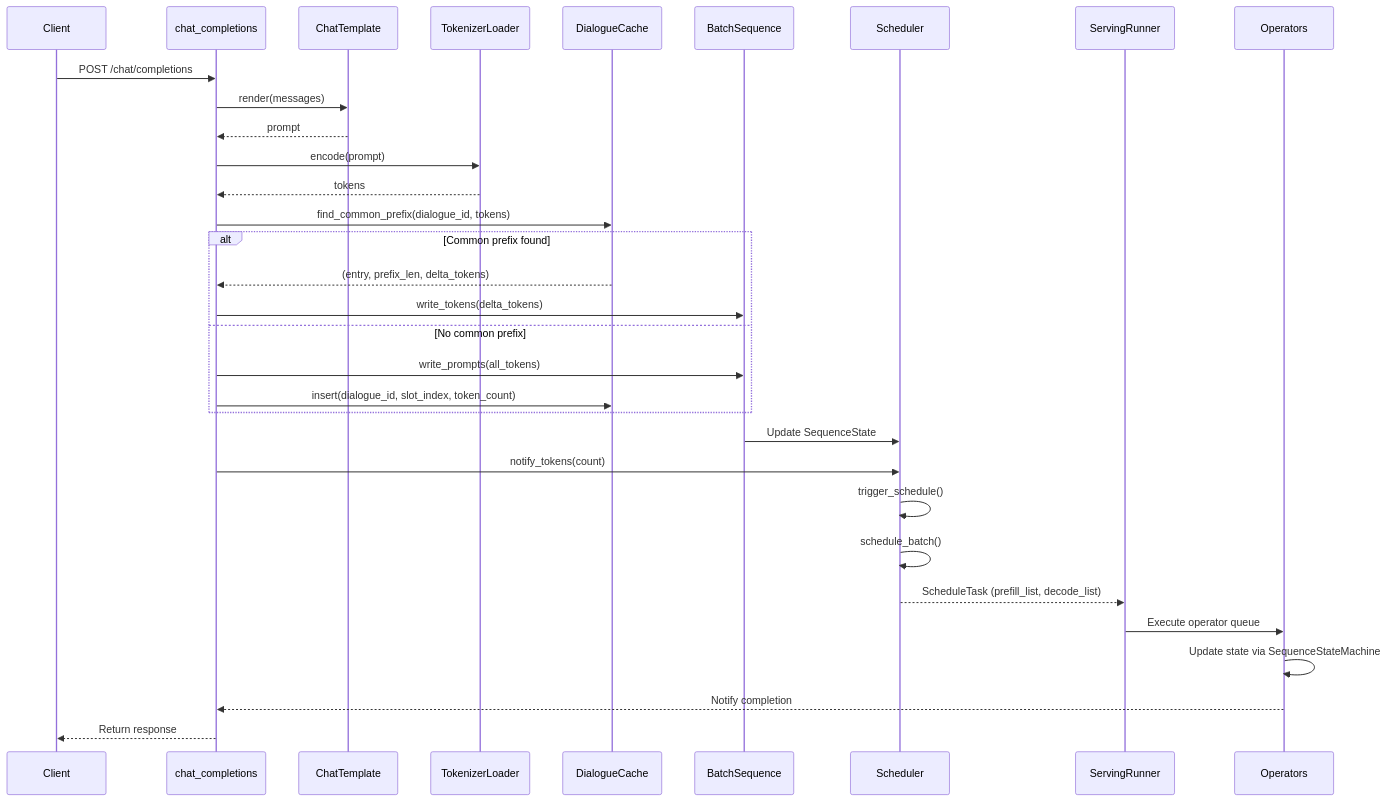
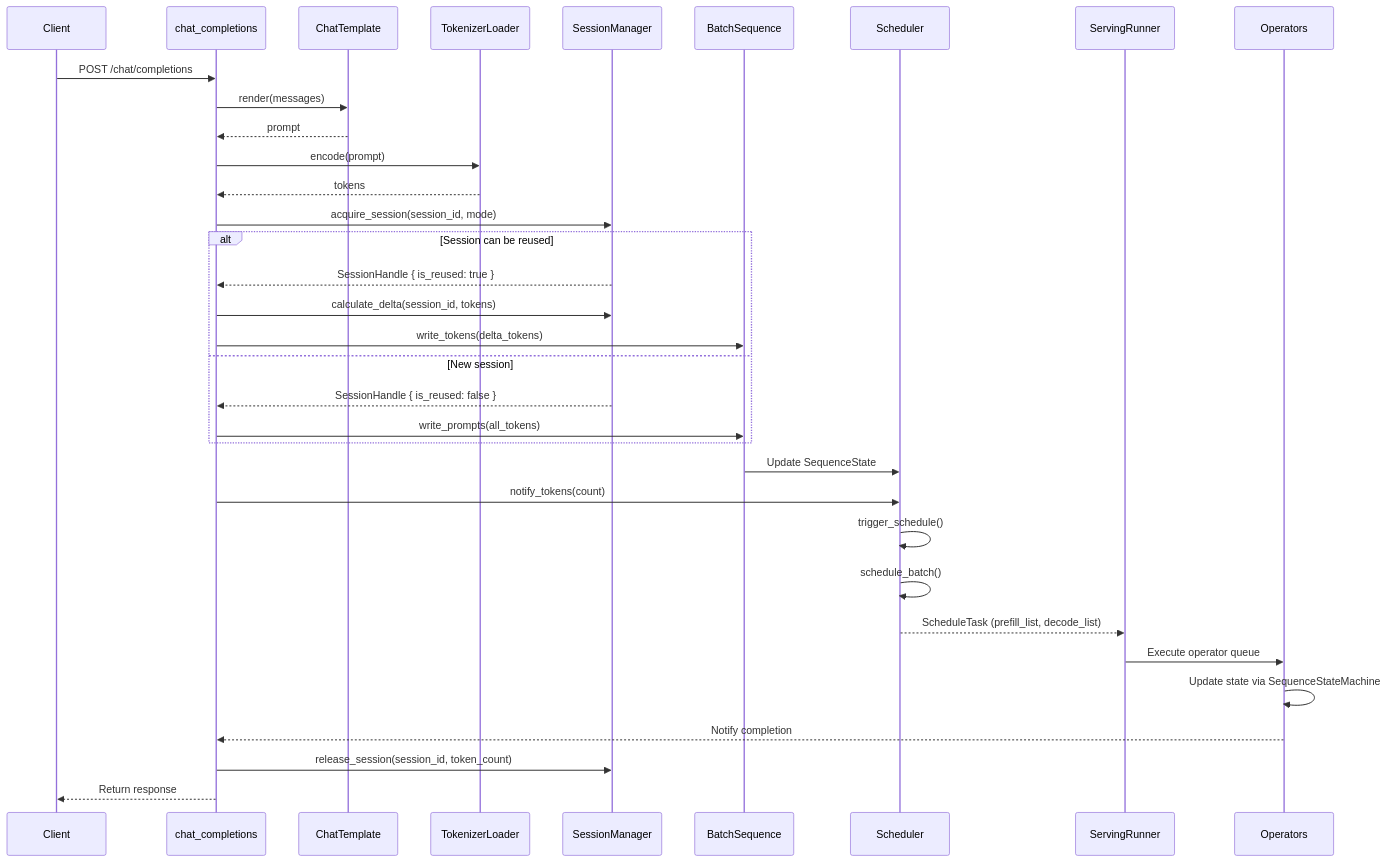
Before and after one commit to lucienhuangfu/eLLM: the third of 4 diagrams in docs/design/runtime/overview.md, drawn with Mermaid. The commit also changed other lines of this file and 45 other files, not shown here.

````diff
--- a/docs/design/runtime/overview.md
+++ b/docs/design/runtime/overview.md
@@ -169,37 +175,39 @@
 ```mermaid
 sequenceDiagram
     participant Client as Client
     participant Handler as chat_completions
     participant Template as ChatTemplate
     participant Tokenizer as TokenizerLoader
-    participant Cache as DialogueCache
+    participant SessionMgr as SessionManager
     participant BatchSeq as BatchSequence
     participant Scheduler as Scheduler
     participant Runner as ServingRunner
     participant Ops as Operators
 
     Client->>Handler: POST /chat/completions
     Handler->>Template: render(messages)
     Template-->>Handler: prompt
     Handler->>Tokenizer: encode(prompt)
     Tokenizer-->>Handler: tokens
     
-    Handler->>Cache: find_common_prefix(dialogue_id, tokens)
-    alt Common prefix found
-        Cache-->>Handler: (entry, prefix_len, delta_tokens)
+    Handler->>SessionMgr: acquire_session(session_id, mode)
+    alt Session can be reused
+        SessionMgr-->>Handler: SessionHandle { is_reused: true }
+        Handler->>SessionMgr: calculate_delta(session_id, tokens)
         Handler->>BatchSeq: write_tokens(delta_tokens)
-    else No common prefix
+    else New session
+        SessionMgr-->>Handler: SessionHandle { is_reused: false }
         Handler->>BatchSeq: write_prompts(all_tokens)
-        Handler->>Cache: insert(dialogue_id, slot_index, token_count)
     end
     
     BatchSeq->>Scheduler: Update SequenceState
     Handler->>Scheduler: notify_tokens(count)
     Scheduler->>Scheduler: trigger_schedule()
     Scheduler->>Scheduler: schedule_batch()
     Scheduler-->>Runner: ScheduleTask (prefill_list, decode_list)
     Runner->>Ops: Execute operator queue
     Ops->>Ops: Update state via SequenceStateMachine
     Ops-->>Handler: Notify completion
+    Handler->>SessionMgr: release_session(session_id, token_count)
     Handler-->>Client: Return response
 ```
````
